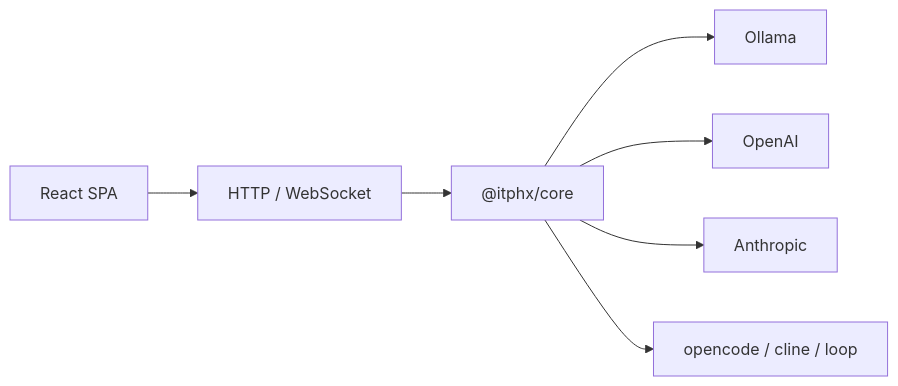
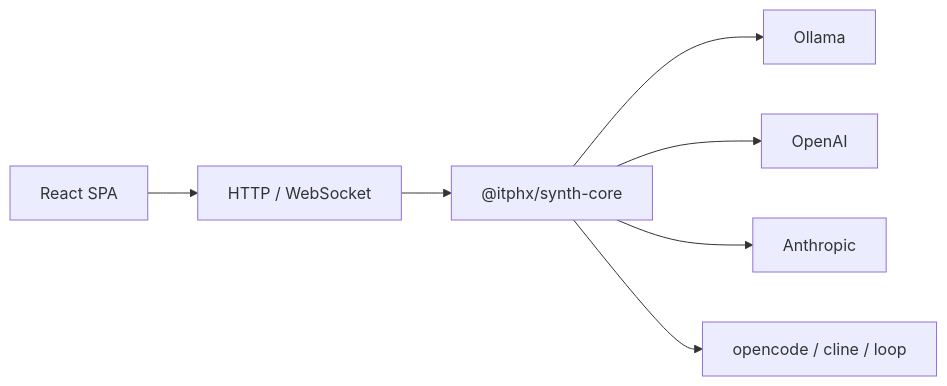
The diagram in README.md (itphx/synth), drawn with Mermaid before and after one commit. The commit also changed 165 other files, not shown here.

First line of the commit message:
refactor(packages): переименование пакетов @itphx/synth-* + bump 0.2.0

````diff
--- a/README.md
+++ b/README.md
@@ -14,9 +14,9 @@
 ```mermaid
 flowchart LR
     UI["React SPA"] --> API["HTTP / WebSocket"]
-    API --> Core["@itphx/core"]
+    API --> Core["@itphx/synth-core"]
     Core --> Ollama["Ollama"]
     Core --> OpenAI["OpenAI"]
     Core --> Anthropic["Anthropic"]
     Core --> Runners["opencode / cline / loop"]
 ```
````
